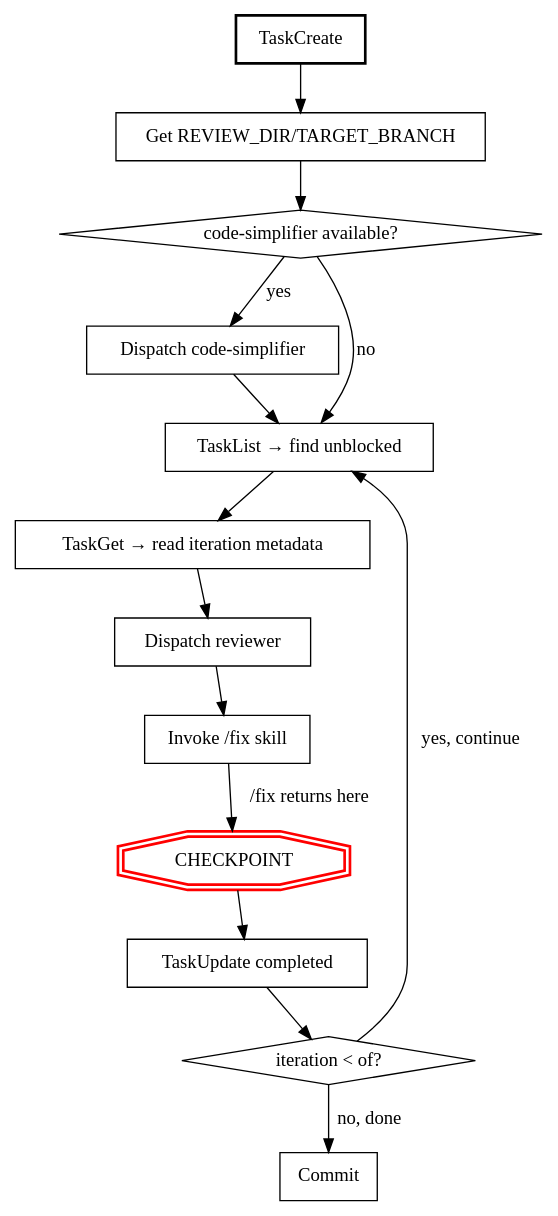
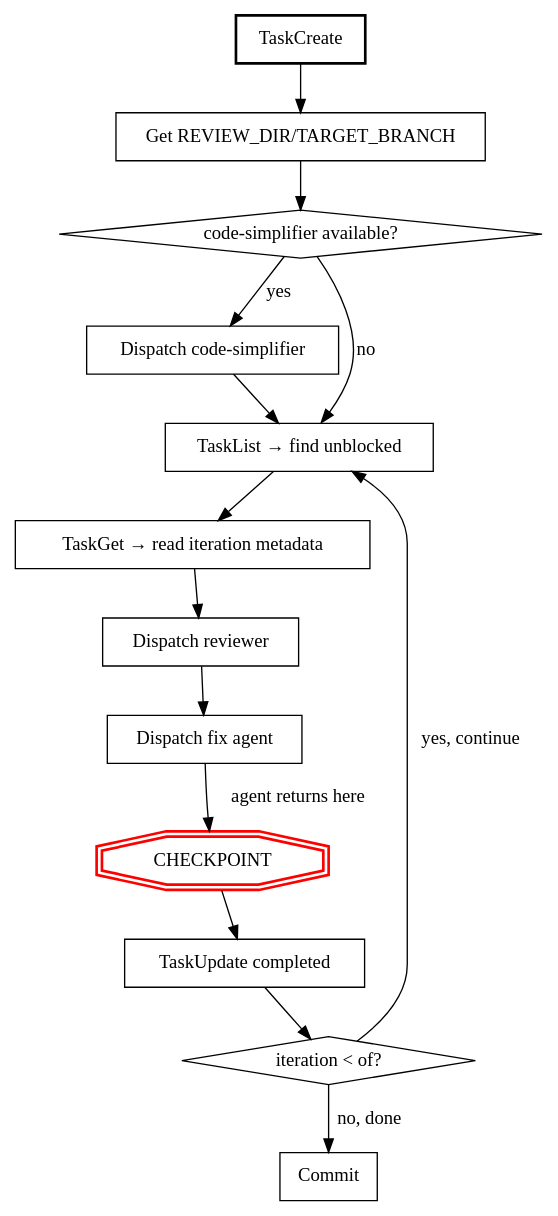
One commit to onsails/cc changed the diagram in review-loop/skills/review-loop/SKILL.md. Above: the diagram before and after it, drawn with Graphviz. The commit also changed other lines of this file and 3 other files, not shown here.

First line of the commit message:
refactor(review-loop): replace /fix skill with fix agent

````diff
--- a/review-loop/skills/review-loop/SKILL.md
+++ b/review-loop/skills/review-loop/SKILL.md
@@ -65,31 +65,31 @@
 ```dot
 digraph review_loop {
     rankdir=TB;
     "TaskCreate" [shape=box, style=bold];
     "Get REVIEW_DIR/TARGET_BRANCH" [shape=box];
     "code-simplifier available?" [shape=diamond];
     "Dispatch code-simplifier" [shape=box];
     "TaskList → find unblocked" [shape=box];
     "TaskGet → read iteration metadata" [shape=box];
     "Dispatch reviewer" [shape=box];
-    "Invoke /fix skill" [shape=box];
+    "Dispatch fix agent" [shape=box];
     "CHECKPOINT" [shape=doubleoctagon, style=bold, color=red];
     "TaskUpdate completed" [shape=box];
     "iteration < of?" [shape=diamond];
     "Commit" [shape=box];
 
     "TaskCreate" -> "Get REVIEW_DIR/TARGET_BRANCH";
     "Get REVIEW_DIR/TARGET_BRANCH" -> "code-simplifier available?";
     "code-simplifier available?" -> "Dispatch code-simplifier" [label="yes"];
     "code-simplifier available?" -> "TaskList → find unblocked" [label="no"];
     "Dispatch code-simplifier" -> "TaskList → find unblocked";
     "TaskList → find unblocked" -> "TaskGet → read iteration metadata";
     "TaskGet → read iteration metadata" -> "Dispatch reviewer";
-    "Dispatch reviewer" -> "Invoke /fix skill";
-    "Invoke /fix skill" -> "CHECKPOINT" [label="/fix returns here"];
+    "Dispatch reviewer" -> "Dispatch fix agent";
+    "Dispatch fix agent" -> "CHECKPOINT" [label="agent returns here"];
     "CHECKPOINT" -> "TaskUpdate completed";
     "TaskUpdate completed" -> "iteration < of?";
     "iteration < of?" -> "TaskList → find unblocked" [label="yes, continue"];
     "iteration < of?" -> "Commit" [label="no, done"];
 }
 ```
````
